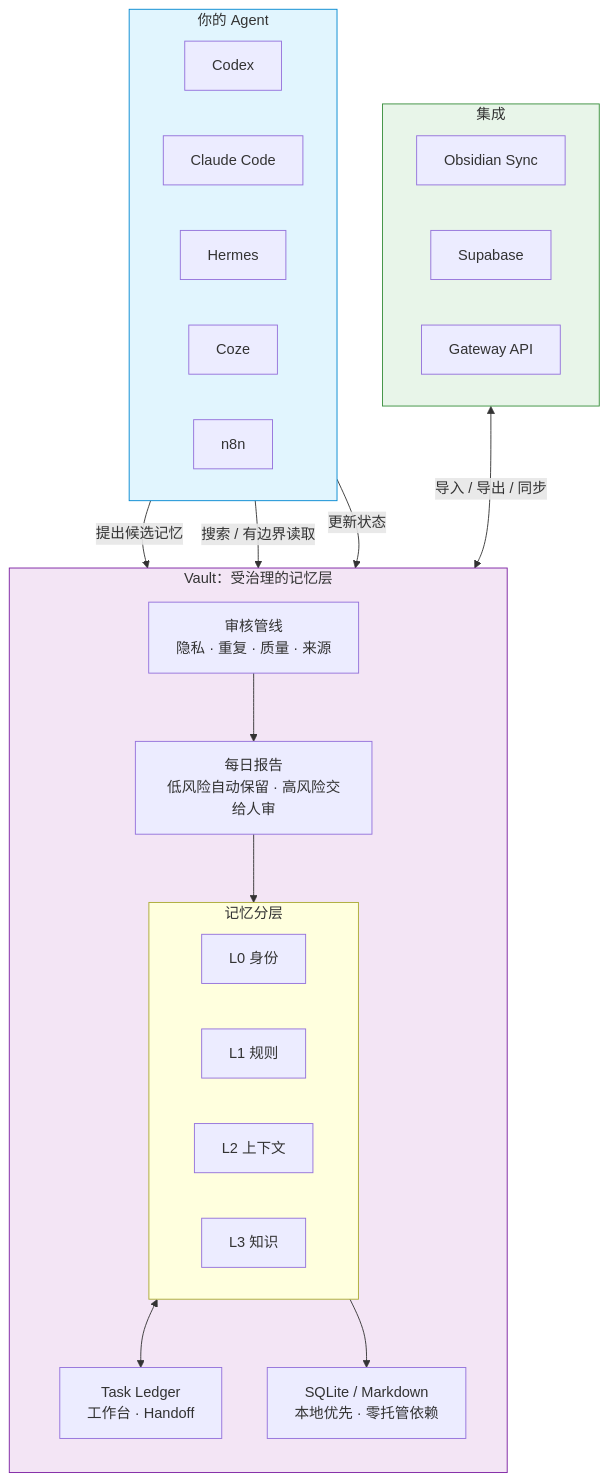
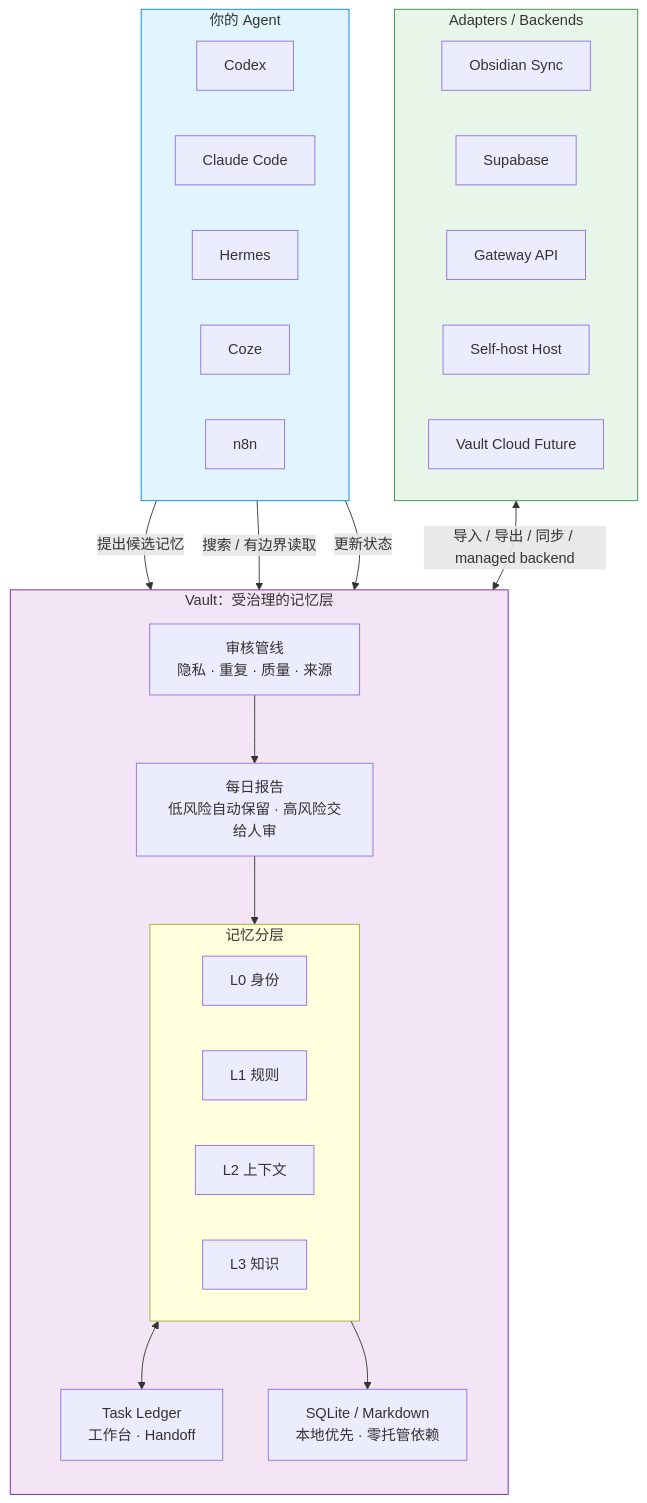
The diagram in README.zh-CN.md (zycaskevin/Vault-Agent-Memory), drawn with Mermaid before and after one commit. The commit also changed other lines of this file and 24 other files, not shown here.

````diff
--- a/README.zh-CN.md
+++ b/README.zh-CN.md
@@ -41,43 +45,45 @@
 ```mermaid
 flowchart TB
     subgraph Agents["你的 Agent"]
         C[Codex]
         CL[Claude Code]
         H[Hermes]
         CO[Coze]
         N[n8n]
     end
 
     subgraph Vault["Vault：受治理的记忆层"]
         direction TB
         Pipeline["审核管线<br/>隐私 · 重复 · 质量 · 来源"]
         Report["每日报告<br/>低风险自动保留 · 高风险交给人审"]
         subgraph Layers["记忆分层"]
             L0["L0 身份"]
             L1["L1 规则"]
             L2["L2 上下文"]
             L3["L3 知识"]
         end
         Ledger["Task Ledger<br/>工作台 · Handoff"]
         Storage["SQLite / Markdown<br/>本地优先 · 零托管依赖"]
     end
 
-    subgraph Integrations["集成"]
+    subgraph Integrations["Adapters / Backends"]
         Obs[Obsidian Sync]
         Sup[Supabase]
         GW[Gateway API]
+        SH[Self-host Host]
+        VC[Vault Cloud Future]
     end
 
     Agents -->|提出候选记忆| Pipeline
     Agents -->|搜索 / 有边界读取| Layers
     Agents -->|更新状态| Ledger
     Pipeline --> Report
     Report --> Layers
     Layers <--> Ledger
     Layers --> Storage
-    Integrations <-->|导入 / 导出 / 同步| Vault
+    Integrations <-->|导入 / 导出 / 同步 / managed backend| Vault
 
     style Agents fill:#e1f5fe,stroke:#0288d1
     style Vault fill:#f3e5f5,stroke:#7b1fa2
     style Integrations fill:#e8f5e9,stroke:#388e3c
 ```
````
